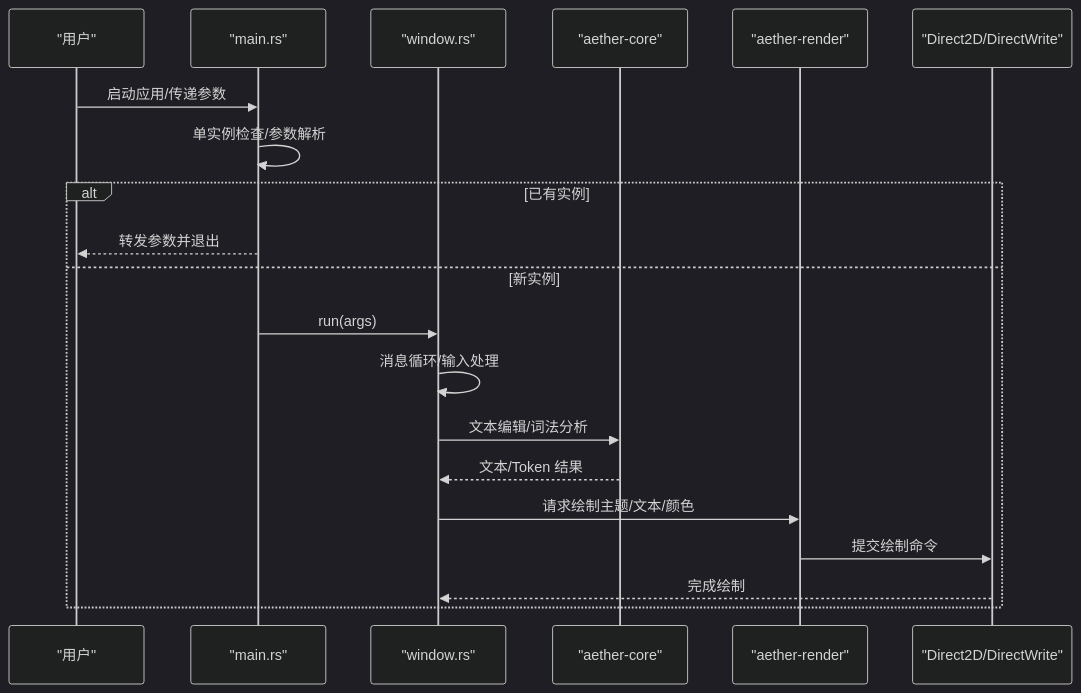
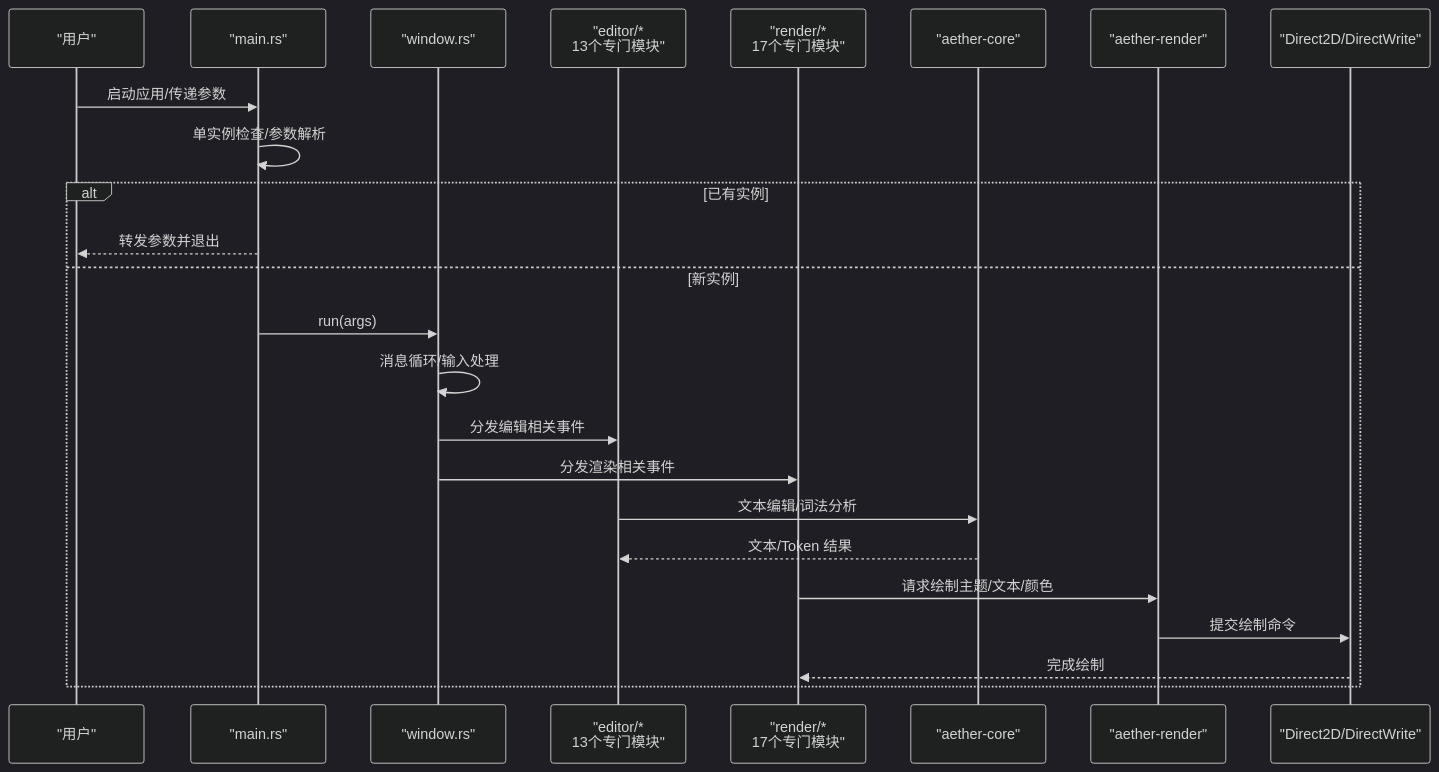
One commit to songdiyang/AetherStudio changed the sixth of 8 diagrams in .qoder/repowiki/zh/content/架构设计/架构设计.md. Above: the diagram before and after it, drawn with Mermaid (dark theme). The commit also changed other lines of this file and 25 other files, not shown here.

````diff
--- a/.qoder/repowiki/zh/content/架构设计/架构设计.md
+++ b/.qoder/repowiki/zh/content/架构设计/架构设计.md
@@ -266,22 +285,26 @@
 ```mermaid
 sequenceDiagram
 participant User as "用户"
 participant Main as "main.rs"
 participant Win as "window.rs"
+participant EditorMod as "editor/*<br/>13个专门模块"
+participant RenderMod as "render/*<br/>17个专门模块"
 participant Core as "aether-core"
 participant Render as "aether-render"
 participant D2D as "Direct2D/DirectWrite"
 User->>Main : 启动应用/传递参数
 Main->>Main : 单实例检查/参数解析
 alt 已有实例
 Main-->>User : 转发参数并退出
 else 新实例
 Main->>Win : run(args)
 Win->>Win : 消息循环/输入处理
-Win->>Core : 文本编辑/词法分析
-Core-->>Win : 文本/Token 结果
-Win->>Render : 请求绘制主题/文本/颜色
+Win->>EditorMod : 分发编辑相关事件
+Win->>RenderMod : 分发渲染相关事件
+EditorMod->>Core : 文本编辑/词法分析
+Core-->>EditorMod : 文本/Token 结果
+RenderMod->>Render : 请求绘制主题/文本/颜色
 Render->>D2D : 提交绘制命令
-D2D-->>Win : 完成绘制
+D2D-->>RenderMod : 完成绘制
 end
 ```
````
